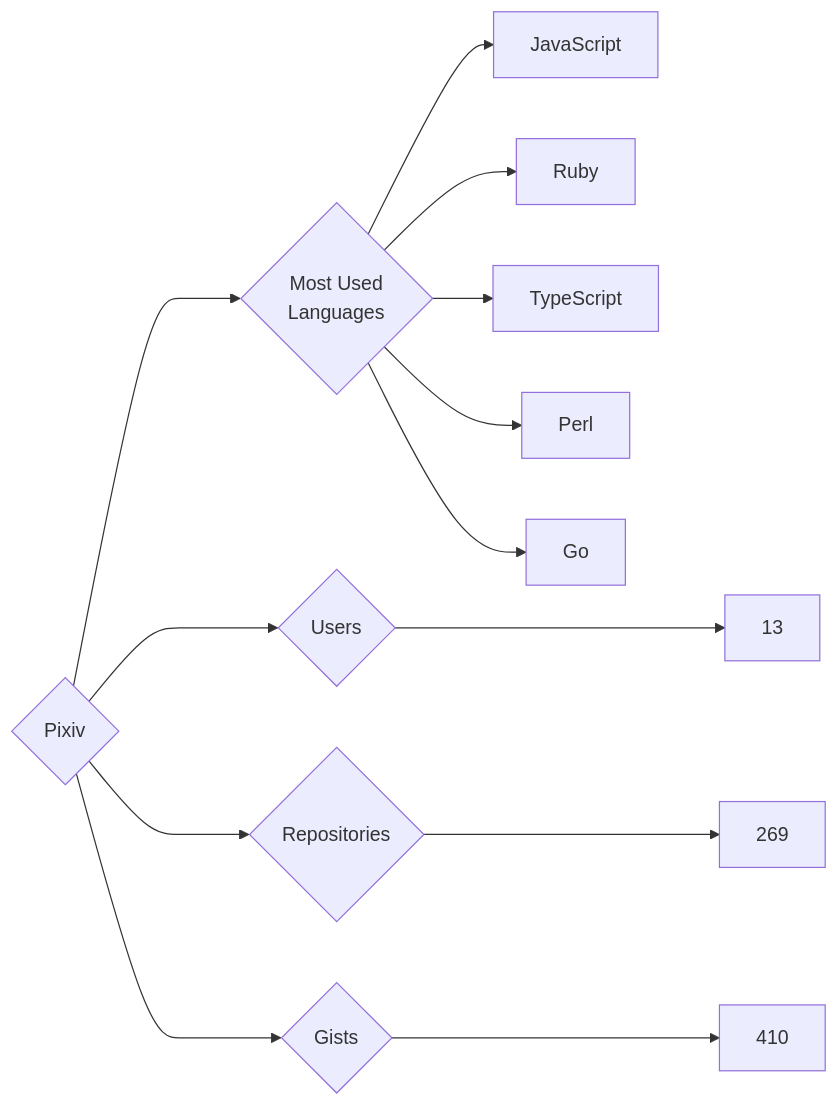
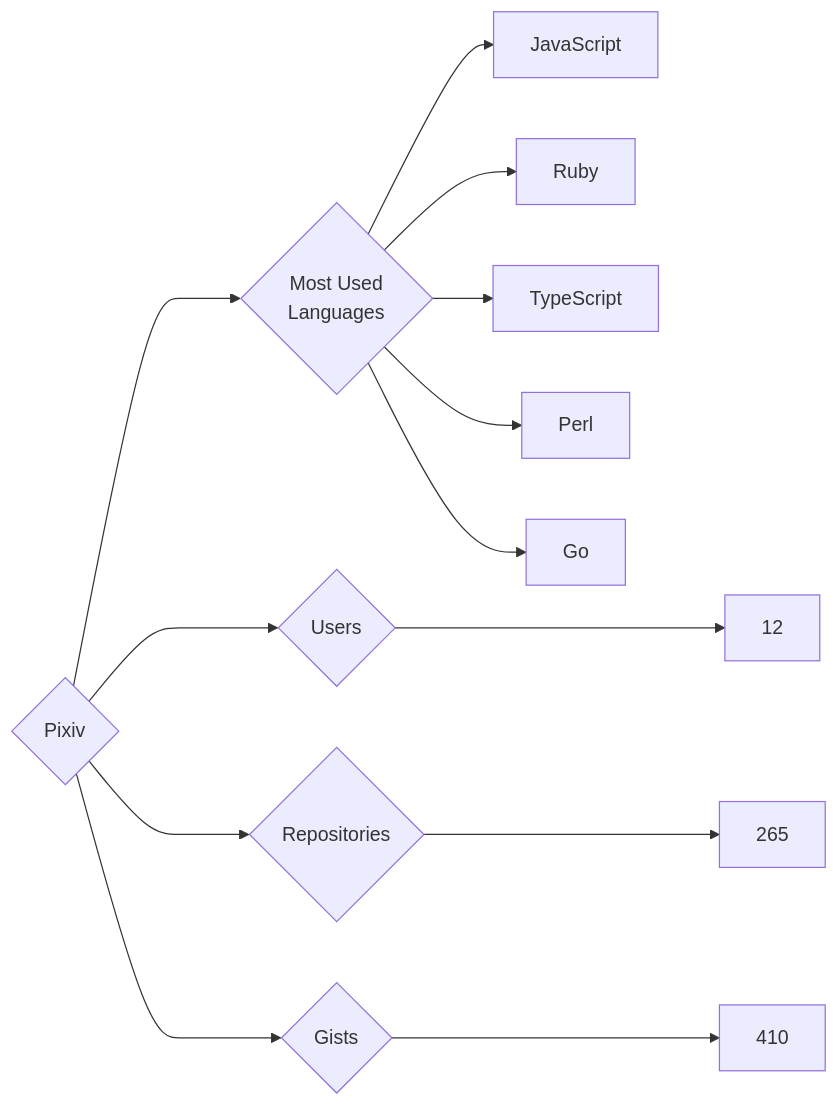
The diagram in targets/Pixiv/README.md (trickest/insiders), drawn with Mermaid before and after one commit. The commit also changed 682 other files, not shown here.

````diff
--- a/targets/Pixiv/README.md
+++ b/targets/Pixiv/README.md
@@ -3,13 +3,13 @@
 ```mermaid
 graph LR
 COMPANY_NAME{Pixiv}
-COMPANY_NAME ---> U{Users} ---> UN[13]
-COMPANY_NAME ---> R{Repositories} ---> RN[269]
+COMPANY_NAME ---> U{Users} ---> UN[12]
+COMPANY_NAME ---> R{Repositories} ---> RN[265]
 COMPANY_NAME ---> G{Gists} ---> GN[410]
 COMPANY_NAME ---> ML{Most Used<br>Languages}
 ML --> JavaScript[JavaScript]
 ML --> Ruby[Ruby]
 ML --> TypeScript[TypeScript]
 ML --> Perl[Perl]
 ML --> Go[Go]
 ```
````
